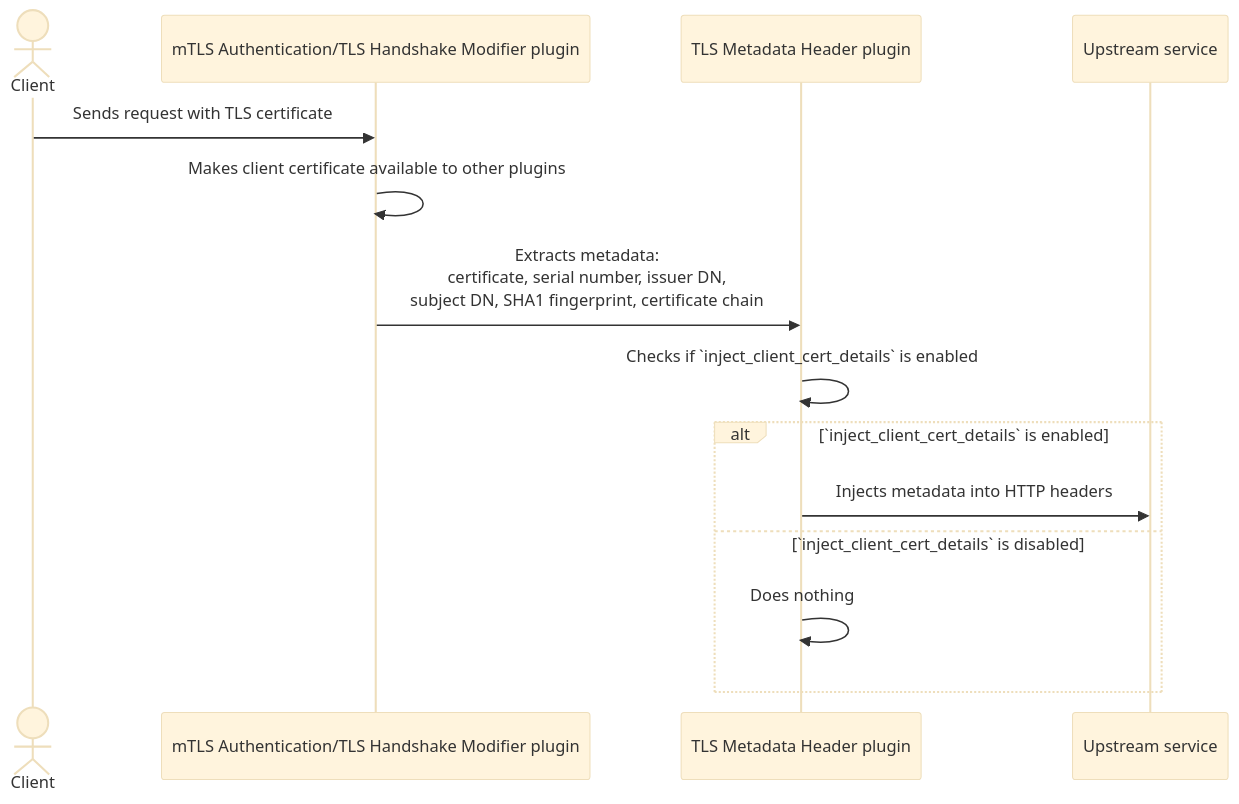
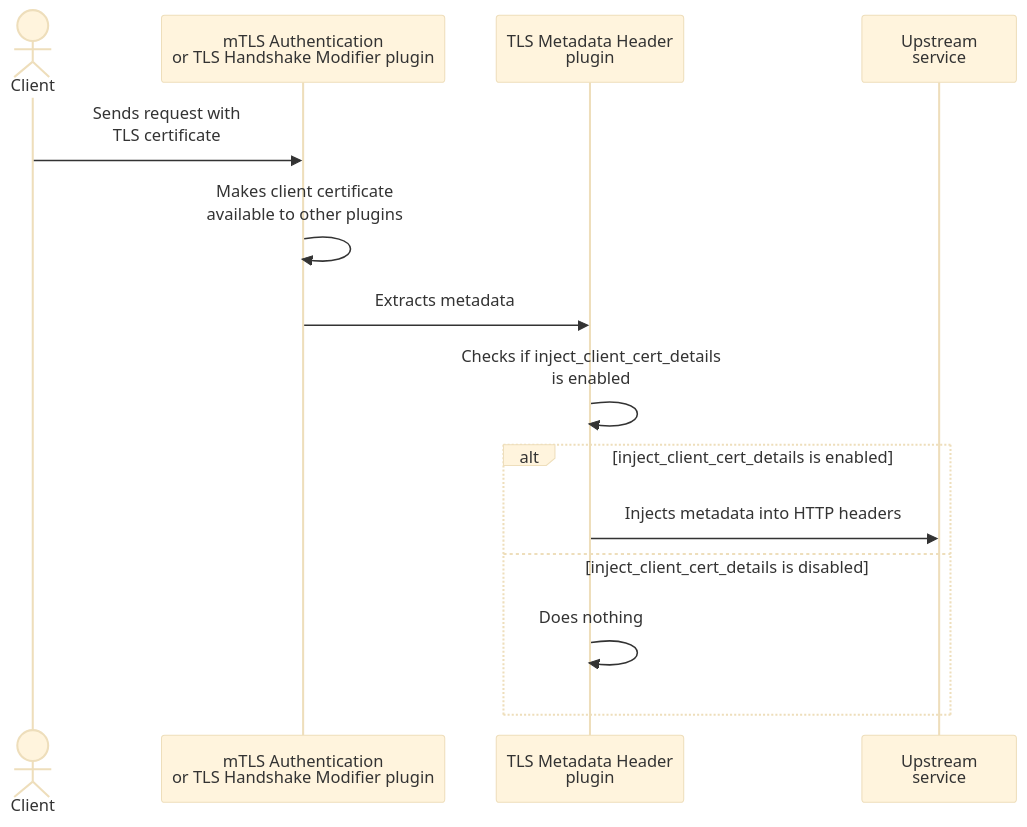
One commit to Kong/developer.konghq.com changed the diagram in app/_kong_plugins/tls-metadata-headers/index.md. Above: the diagram before and after it, drawn with Mermaid (base theme). The commit also changed other lines of this file, not shown here.

Commit message:
Apply suggestions from code review

```diff
--- a/app/_kong_plugins/tls-metadata-headers/index.md
+++ b/app/_kong_plugins/tls-metadata-headers/index.md
@@ -61,17 +62,17 @@
 {% mermaid %}
 sequenceDiagram
     actor C as Client
-    participant M as mTLS Authentication/TLS Handshake Modifier plugin
-    participant T as TLS Metadata Header plugin
-    participant H as Upstream service
+    participant M as mTLS Authentication <br> or TLS Handshake Modifier plugin
+    participant T as TLS Metadata Header <br> plugin
+    participant H as Upstream <br> service
 
-    C->>M: Sends request with TLS certificate
-    M->>M: Makes client certificate available to other plugins
-    M->>T: Extracts metadata: <br>certificate, serial number, issuer DN, <br>subject DN, SHA1 fingerprint, certificate chain
-    T->>T: Checks if `inject_client_cert_details` is enabled
-    alt `inject_client_cert_details` is enabled
+    C->>M: Sends request with <br>TLS certificate
+    M->>M: Makes client certificate <br>available to other plugins
+    M->>T: Extracts metadata
+    T->>T: Checks if inject_client_cert_details <br>is enabled
+    alt inject_client_cert_details is enabled
         T->>H: Injects metadata into HTTP headers
-    else `inject_client_cert_details` is disabled
+    else inject_client_cert_details is disabled
         T->>T: Does nothing
     end
 {% endmermaid %}
```
